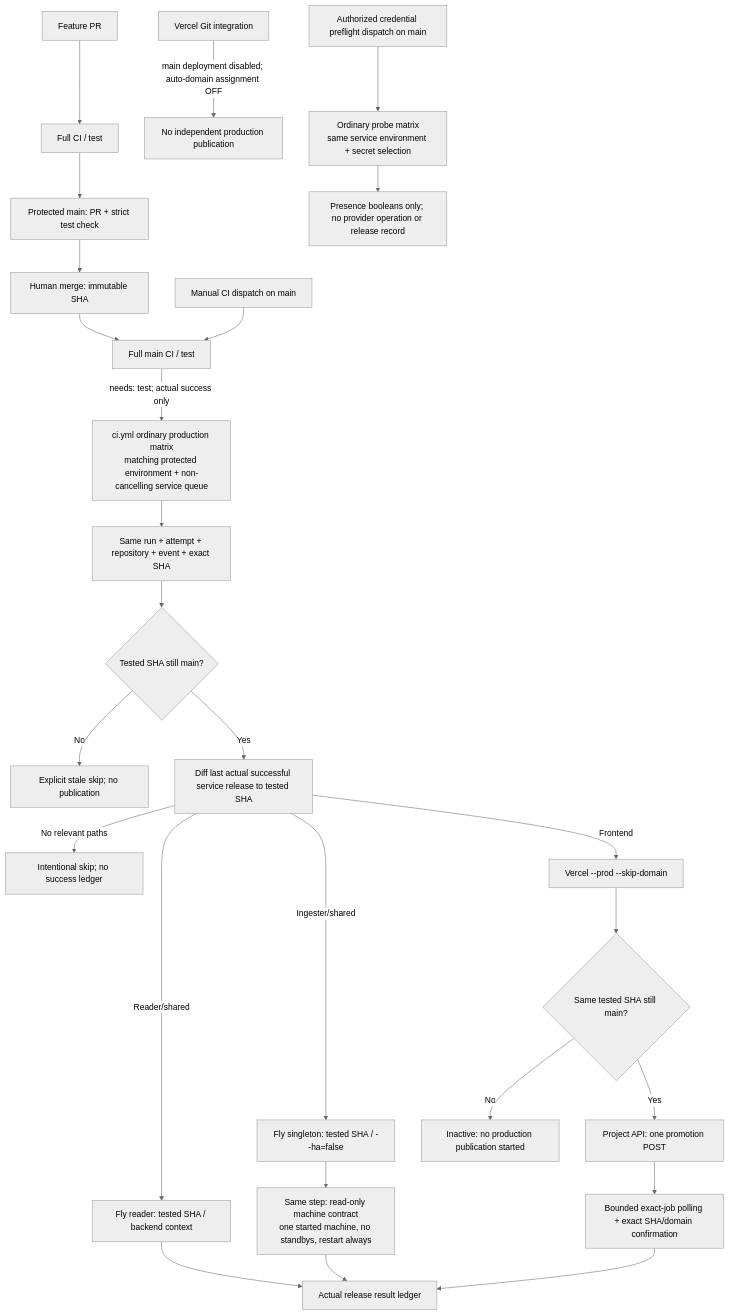
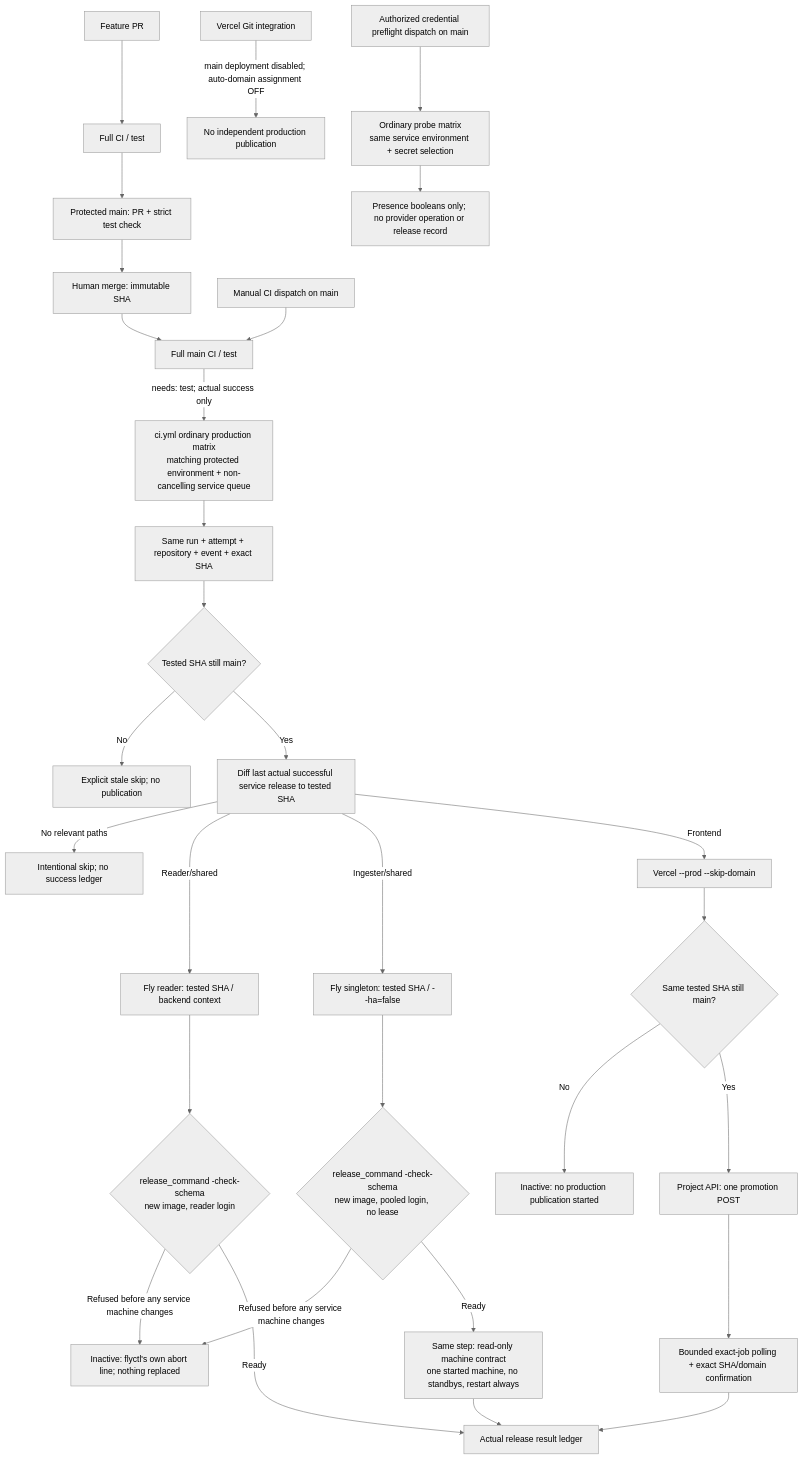
The fourth of 4 diagrams in docs/backend/ARCHITECTURE.md (mcasillas17/ScoreArc), drawn with Mermaid (neutral theme) before and after one commit. The commit also changed other lines of this file and 20 other files, not shown here.

First line of the commit message:
feat(release): gate Fly deploys on the production schema (T21.2 follow-up) (#229)

````diff
--- a/docs/backend/ARCHITECTURE.md
+++ b/docs/backend/ARCHITECTURE.md
@@ -730,29 +734,33 @@
 ```mermaid
 flowchart TD
   PR["Feature PR"] --> PRCI["Full CI / test"]
   PRCI --> Protection["Protected main: PR + strict test check"]
   Protection --> Merge["Human merge: immutable SHA"]
   Manual["Manual CI dispatch on main"] --> MainCI
   Merge --> MainCI["Full main CI / test"]
   MainCI -->|"needs: test; actual success only"| Queue
   Eligibility["Same run + attempt + repository + event + exact SHA"]
   Queue["ci.yml ordinary production matrix<br/>matching protected environment + non-cancelling service queue"] --> Eligibility
   Eligibility --> Head{"Tested SHA still main?"}
   Head -->|"No"| Skip["Explicit stale skip; no publication"]
   Head -->|"Yes"| Paths["Diff last actual successful service release to tested SHA"]
   Paths -->|"No relevant paths"| Unchanged["Intentional skip; no success ledger"]
   Paths -->|"Reader/shared"| ReaderRelease["Fly reader: tested SHA / backend context"]
   Paths -->|"Ingester/shared"| IngesterRelease["Fly singleton: tested SHA / --ha=false"]
   Paths -->|"Frontend"| Stage["Vercel --prod --skip-domain"]
   Stage --> Recheck{"Same tested SHA still main?"}
   Recheck -->|"No"| Inert["Inactive: no production publication started"]
   Recheck -->|"Yes"| Promote["Project API: one promotion POST"]
   Promote --> Poll["Bounded exact-job polling + exact SHA/domain confirmation"]
-  ReaderRelease --> Ledger["Actual release result ledger"]
-  IngesterRelease --> MachineCheck["Same step: read-only machine contract<br/>one started machine, no standbys, restart always"]
+  ReaderRelease --> ReaderGate{"release_command -check-schema<br/>new image, reader login"}
+  IngesterRelease --> IngesterGate{"release_command -check-schema<br/>new image, pooled login, no lease"}
+  ReaderGate -->|"Refused before any service machine changes"| GateRefused["Inactive: flyctl's own abort line; nothing replaced"]
+  IngesterGate -->|"Refused before any service machine changes"| GateRefused
+  ReaderGate -->|"Ready"| Ledger["Actual release result ledger"]
+  IngesterGate -->|"Ready"| MachineCheck["Same step: read-only machine contract<br/>one started machine, no standbys, restart always"]
   MachineCheck --> Ledger
   Poll --> Ledger
   Git["Vercel Git integration"] -->|"main deployment disabled; auto-domain assignment OFF"| NoBypass["No independent production publication"]
   Diagnostic["Authorized credential preflight dispatch on main"] --> DirectProbe["Ordinary probe matrix<br/>same service environment + secret selection"]
   DirectProbe --> Presence["Presence booleans only; no provider operation or release record"]
 ```
````
